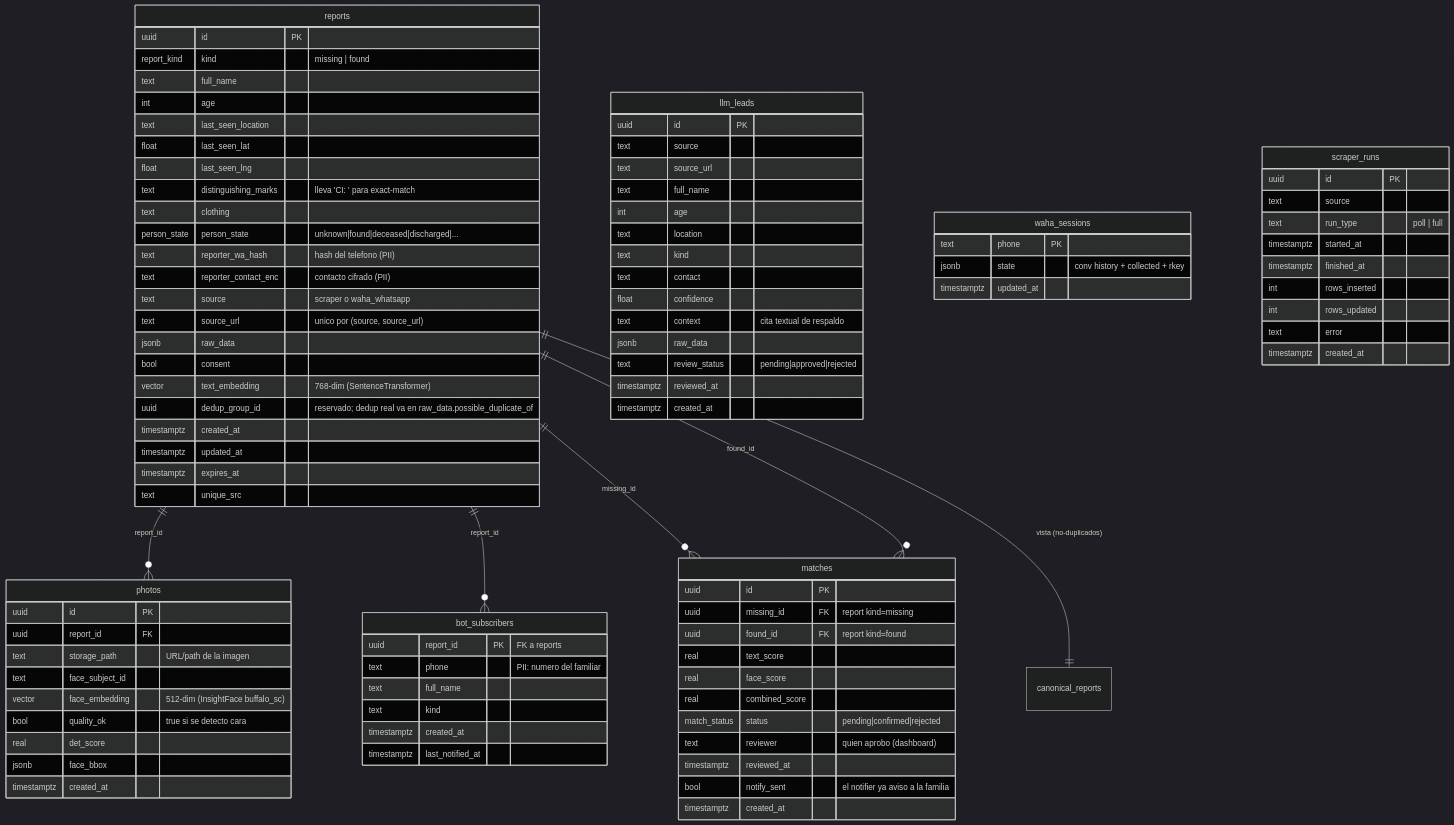
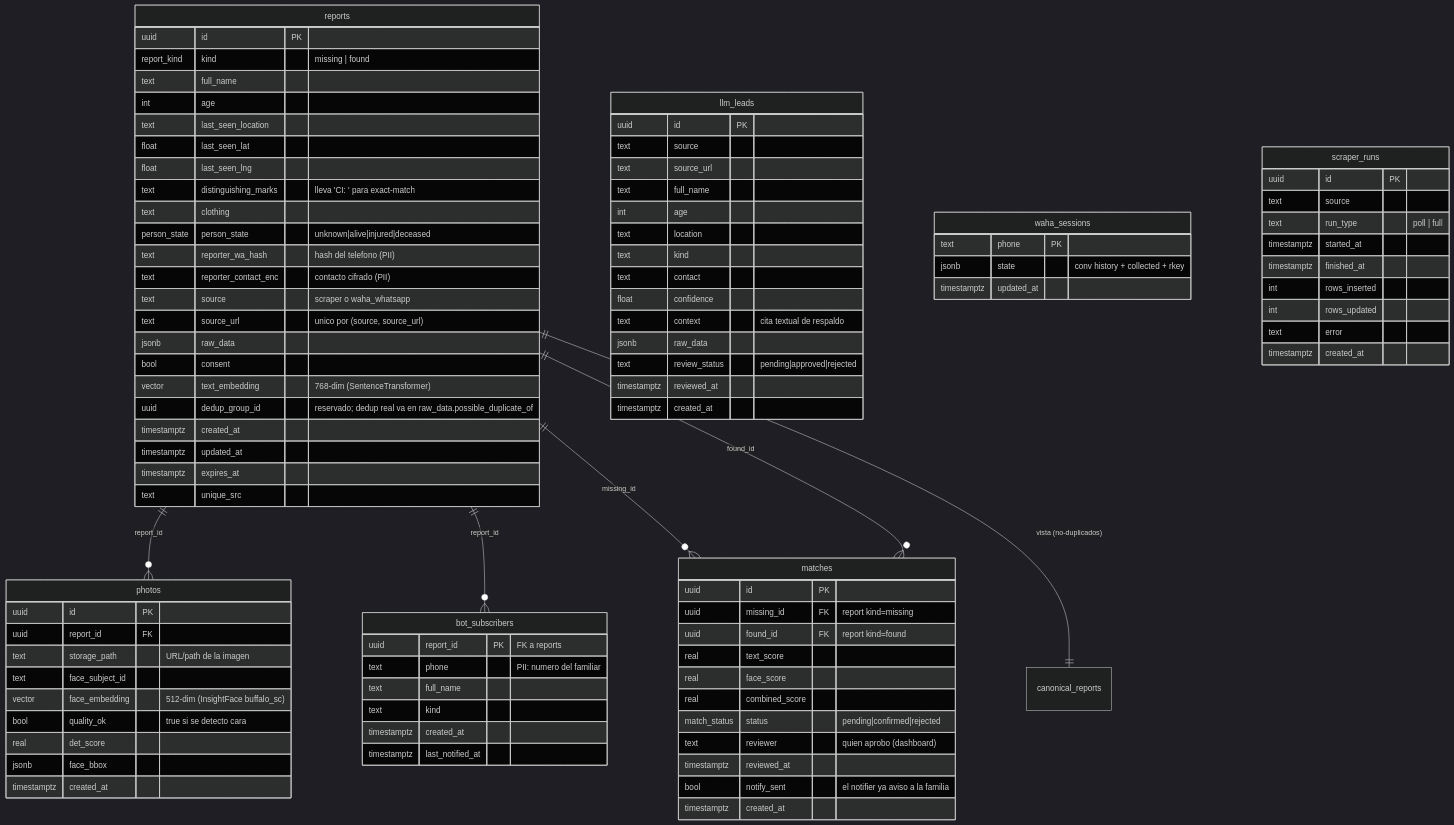
One commit to godlygeorgeYEAH/esfuerzos changed the diagram in DATA-MODEL.md. Above: the diagram before and after it, drawn with Mermaid (dark theme). The commit also changed other lines of this file and 10 other files, not shown here.

```diff
--- a/DATA-MODEL.md
+++ b/DATA-MODEL.md
@@ -24,7 +24,7 @@
         float last_seen_lng
         text distinguishing_marks "lleva 'CI: <cedula>' para exact-match"
         text clothing
-        person_state person_state "unknown|found|deceased|discharged|..."
+        person_state person_state "unknown|alive|injured|deceased"
         text reporter_wa_hash "hash del telefono (PII)"
         text reporter_contact_enc "contacto cifrado (PII)"
         text source "scraper o waha_whatsapp"
```
